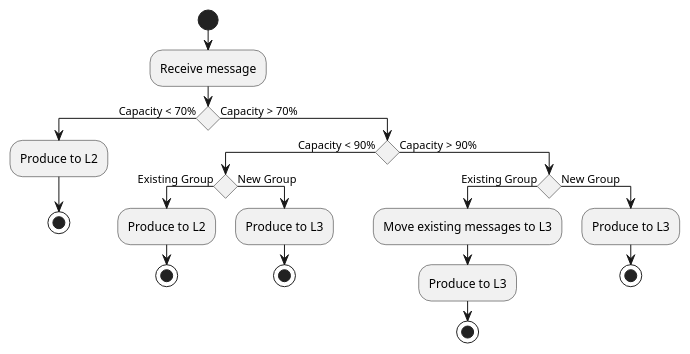
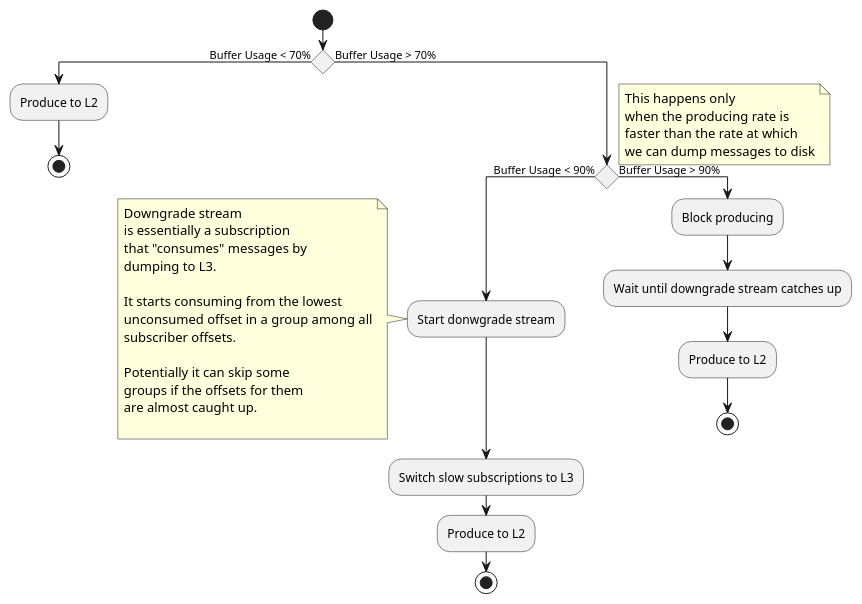
Before and after one commit to flipkart-incubator/vbroker: the diagram in docs/seq_diagrams/downgrade_l2_l3_act.puml, drawn with PlantUML.

Commit message:
Made the downgrade diagram generic for one-to-many case

```diff
--- a/docs/seq_diagrams/downgrade_l2_l3_act.puml
+++ b/docs/seq_diagrams/downgrade_l2_l3_act.puml
@@ -1,26 +1,40 @@
 @startuml
 start
-:Receive message;
-if () then (Capacity < 70%)
+
+if () then (Buffer Usage < 70%)
     :Produce to L2;
     stop
-else (Capacity > 70%)
-    if () then (Capacity < 90%)
-        if () then (Existing Group)
-            :Produce to L2;
-            stop
-        else (New Group)
-            :Produce to L3;
-            stop
-        endif
-    else (Capacity > 90%)
-        if () then (Existing Group)
-            :Move existing messages to L3;
-            :Produce to L3;
-            stop
-        else (New Group)
-            :Produce to L3;
-            stop
-        endif
+else (Buffer Usage > 70%)
+    if () then (Buffer Usage < 90%)
+        :Start donwgrade stream;
+        note left
+           Downgrade stream
+           is essentially a subscription
+           that "consumes" messages by
+           dumping to L3.
+
+           It starts consuming from the lowest
+           unconsumed offset in a group among all
+           subscriber offsets.
+
+           Potentially it can skip some
+           groups if the offsets for them
+           are almost caught up.
+
+        end note
+        :Switch slow subscriptions to L3;
+        :Produce to L2;
+        stop
+    else (Buffer Usage > 90%)
+        note right
+            This happens only
+            when the producing rate is
+            faster than the rate at which
+            we can dump messages to disk
+        end note
+        :Block producing;
+        :Wait until downgrade stream catches up;
+        :Produce to L2;
+        stop
 endif
 @enduml
```
